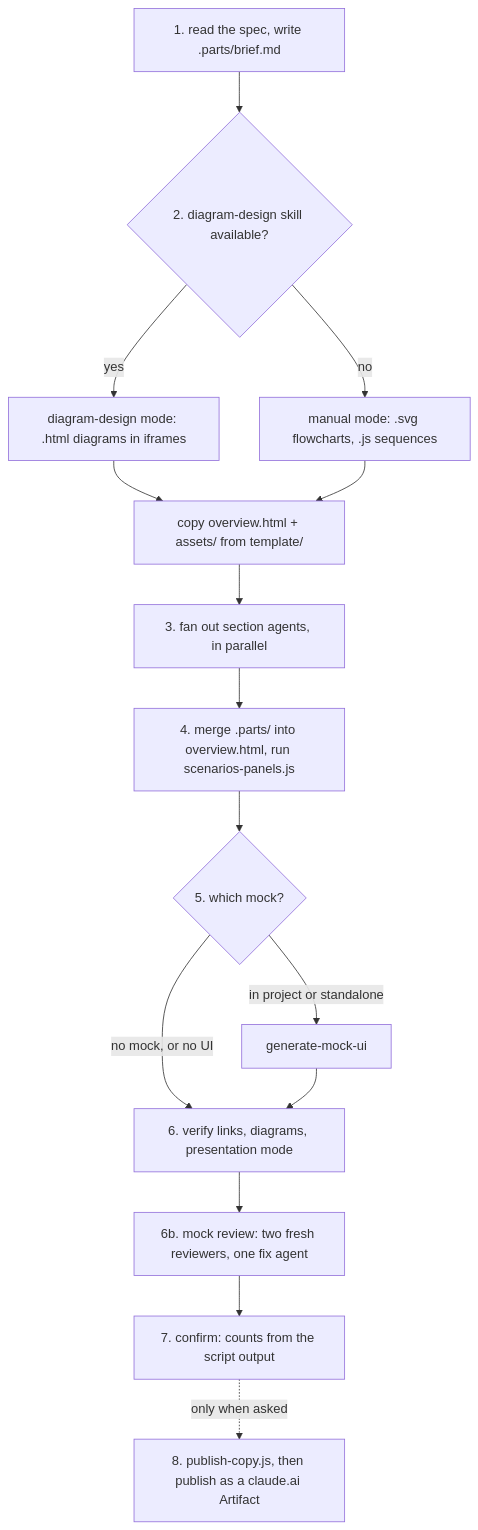
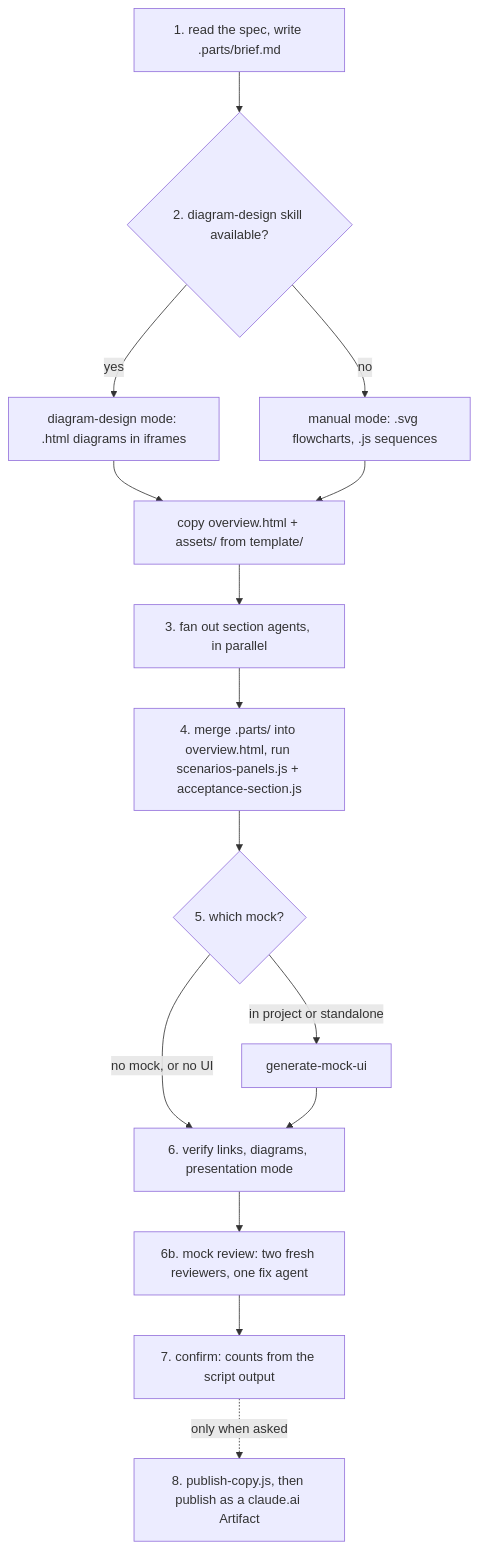
The first of 3 diagrams in plugins/naphatwx-tools/skills/design-feature/README.md (naphatwx/naphatwx-tools), drawn with Mermaid before and after one commit. The commit also changed other lines of this file and 66 other files, not shown here.

````diff
--- a/plugins/naphatwx-tools/skills/design-feature/README.md
+++ b/plugins/naphatwx-tools/skills/design-feature/README.md
@@ -25,17 +25,17 @@
 ```mermaid
 graph TD
     S1["1. read the spec, write .parts/brief.md"] --> S2{"2. diagram-design skill available?"}
     S2 -->|yes| M1["diagram-design mode: .html diagrams in iframes"]
     S2 -->|no| M2["manual mode: .svg flowcharts, .js sequences"]
     M1 --> CP[copy overview.html + assets/ from template/]
     M2 --> CP
     CP --> S3[3. fan out section agents, in parallel]
-    S3 --> S4["4. merge .parts/ into overview.html, run scenarios-panels.js"]
+    S3 --> S4["4. merge .parts/ into overview.html, run scenarios-panels.js + acceptance-section.js"]
     S4 --> S5{"5. which mock?"}
     S5 -->|in project or standalone| GM[generate-mock-ui]
     S5 -->|no mock, or no UI| S6
     GM --> S6[6. verify links, diagrams, presentation mode]
     S6 --> S6b["6b. mock review: two fresh reviewers, one fix agent"]
     S6b --> S7[7. confirm: counts from the script output]
     S7 -.->|only when asked| S8["8. publish-copy.js, then publish as a claude.ai Artifact"]
 ```
````
